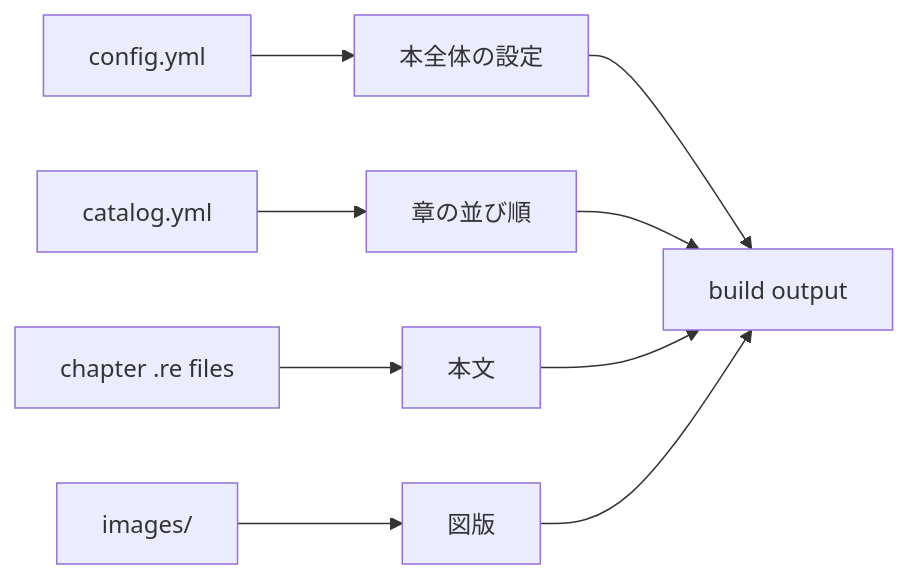
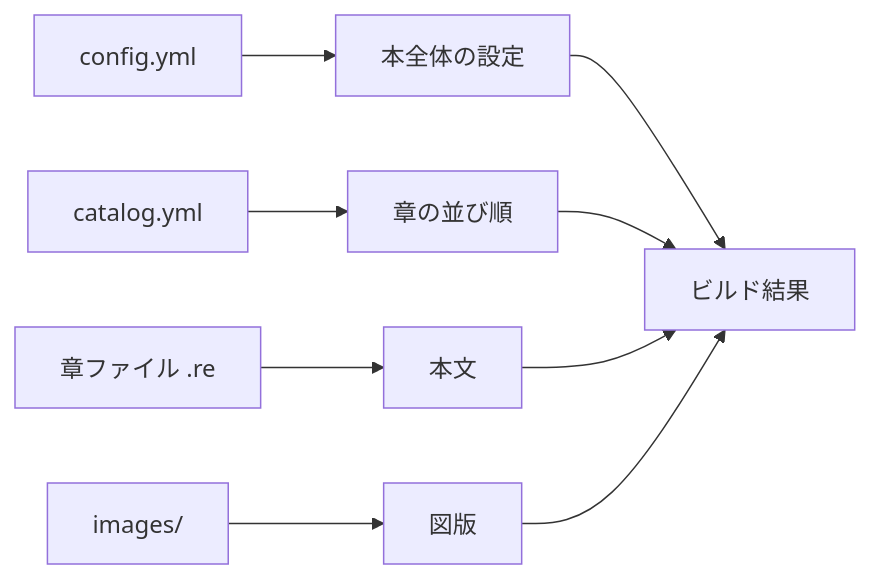
One commit to irdtechbook/review-author-docs changed the diagram in src/content/chapters/01-author-repo-overview.md. Above: the diagram before and after it, drawn with Mermaid. The commit also changed other lines of this file and 13 other files, not shown here.

```diff
--- a/src/content/chapters/01-author-repo-overview.md
+++ b/src/content/chapters/01-author-repo-overview.md
@@ -28,11 +28,11 @@
 <div class="mermaid">
 flowchart LR
   A[config.yml] --> B[本全体の設定]
   C[catalog.yml] --> D[章の並び順]
-  E[chapter .re files] --> F[本文]
+  E[章ファイル .re] --> F[本文]
   G[images/] --> H[図版]
-  B --> I[build output]
+  B --> I[ビルド結果]
   D --> I
   F --> I
   H --> I
 </div>
```
